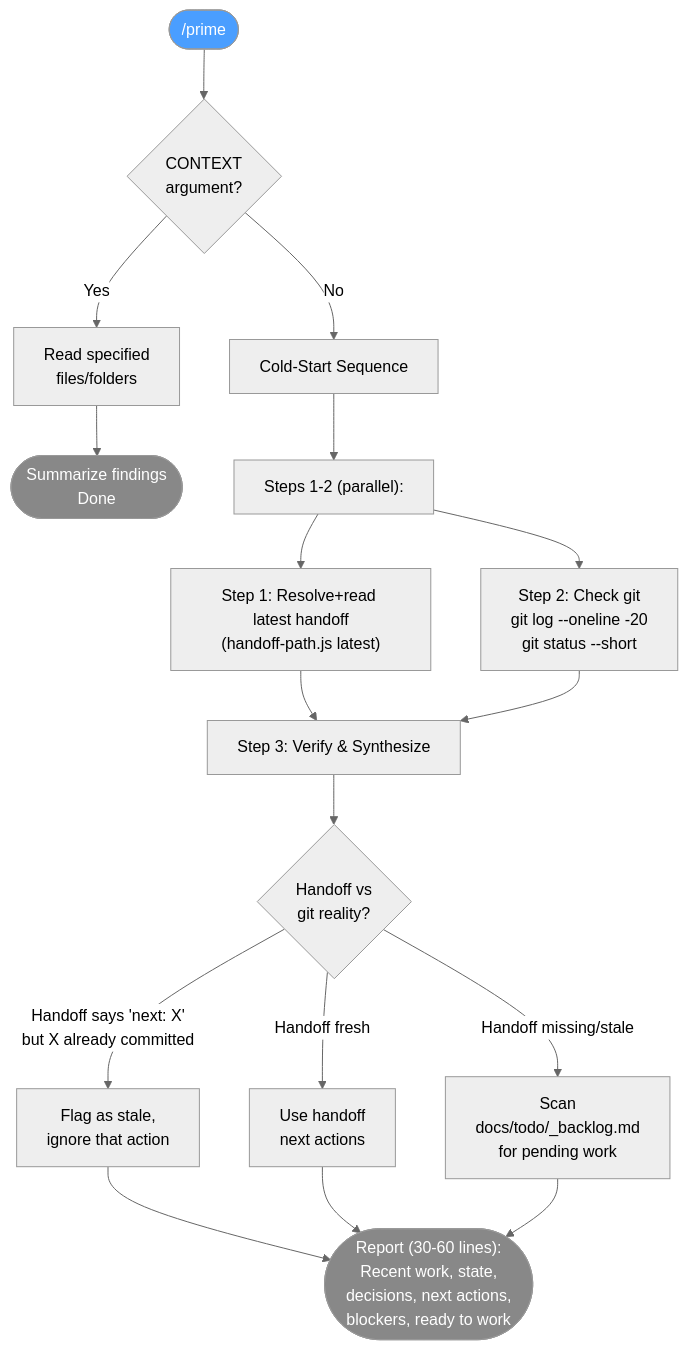
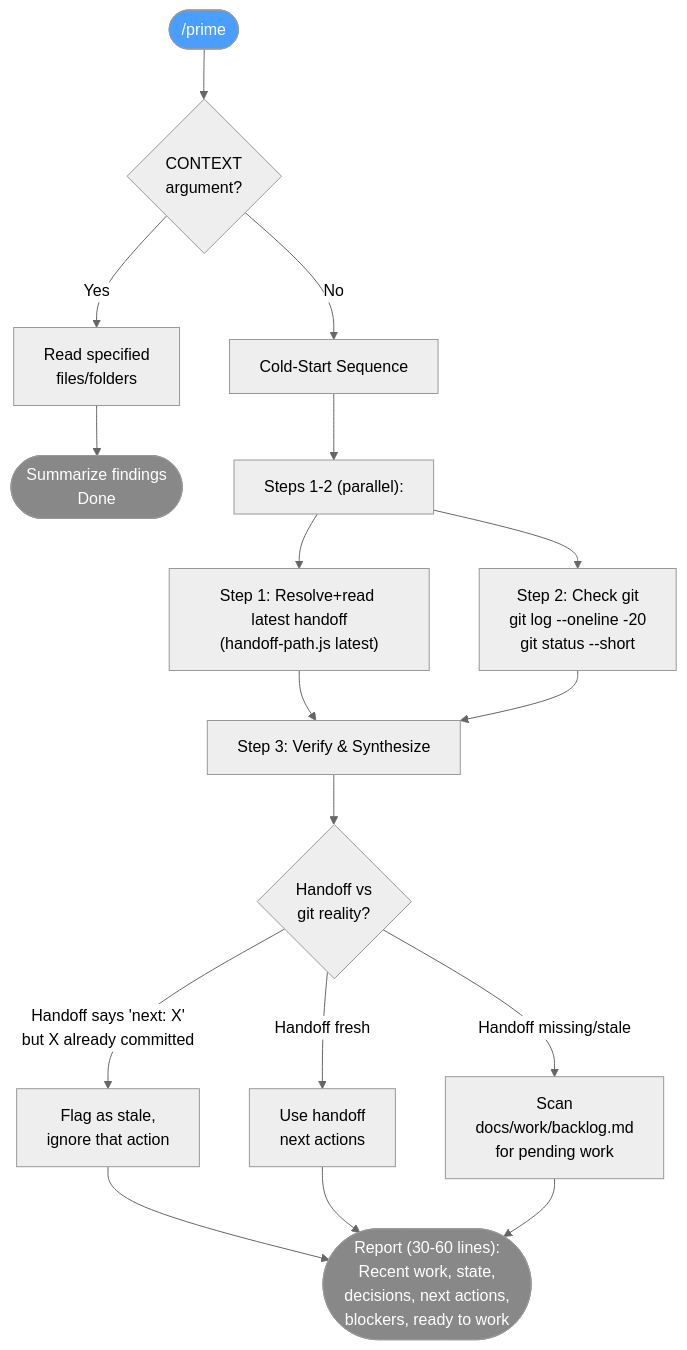
One commit to Domdhi/Agents.Domdhi changed diagram 13 of 37 in docs/reference/commands.md. Above: the diagram before and after it, drawn with Mermaid (neutral theme). The commit also changed other lines of this file and 131 other files, not shown here.

````diff
--- a/docs/reference/commands.md
+++ b/docs/reference/commands.md
@@ -646,33 +646,33 @@
 ```mermaid
 flowchart TD
     START(["/prime"]) --> CTX{CONTEXT\nargument?}
 
     CTX -->|Yes| READ_CTX["Read specified\nfiles/folders"]
     READ_CTX --> SUMMARIZE(["Summarize findings\nDone"])
 
     CTX -->|No| COLD["Cold-Start Sequence"]
 
     COLD --> PAR["Steps 1-2 (parallel):"]
     PAR --> S1["Step 1: Resolve+read latest handoff\n(handoff-path.js latest)"]
     PAR --> S2["Step 2: Check git\ngit log --oneline -20\ngit status --short"]
 
     S1 --> S3
     S2 --> S3
 
     S3["Step 3: Verify & Synthesize"]
 
     S3 --> COMPARE{Handoff vs\ngit reality?}
     COMPARE -->|Handoff says 'next: X'\nbut X already committed| STALE[Flag as stale,\nignore that action]
     COMPARE -->|Handoff fresh| USE_HANDOFF[Use handoff\nnext actions]
-    COMPARE -->|Handoff missing/stale| SCAN["Scan\ndocs/todo/_backlog.md\nfor pending work"]
+    COMPARE -->|Handoff missing/stale| SCAN["Scan\ndocs/work/backlog.md\nfor pending work"]
 
     STALE --> REPORT
     USE_HANDOFF --> REPORT
     SCAN --> REPORT
 
     REPORT(["Report (30-60 lines):\nRecent work, state,\ndecisions, next actions,\nblockers, ready to work"])
 
     style START fill:#4a9eff,color:#fff
     style SUMMARIZE fill:#888,color:#fff
     style REPORT fill:#888,color:#fff
 ```
````
